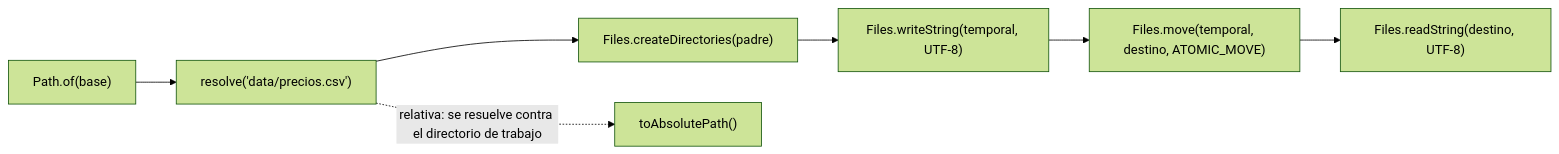
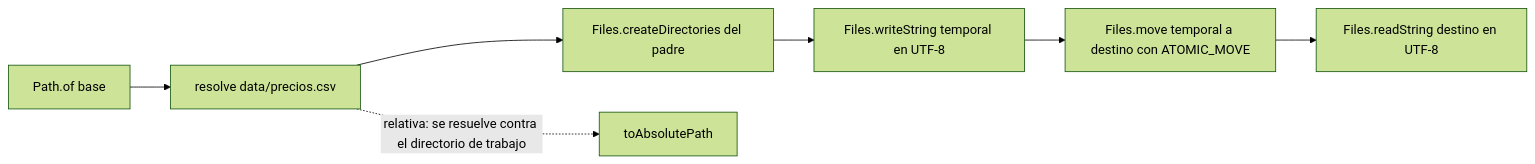
Before and after one commit to NICORUIZ93/The_Imperial_Book: the first of 3 diagrams in web/public/content/java/modulo-6.md, drawn with Mermaid (forest theme). The commit also changed other lines of this file and 65 other files, not shown here.

````diff
--- a/web/public/content/java/modulo-6.md
+++ b/web/public/content/java/modulo-6.md
@@ -119,9 +162,9 @@
 ```mermaid
 flowchart LR
-  P["Path.of(base)"] --> R["resolve('data/precios.csv')"]
-  R --> D["Files.createDirectories(padre)"]
-  D --> T["Files.writeString(temporal, UTF-8)"]
-  T --> M["Files.move(temporal, destino, ATOMIC_MOVE)"]
-  M --> L["Files.readString(destino, UTF-8)"]
-  R -. "relativa: se resuelve contra el directorio de trabajo" .-> W["toAbsolutePath()"]
+  P["Path.of base"] --> R["resolve data/precios.csv"]
+  R --> D["Files.createDirectories del padre"]
+  D --> T["Files.writeString temporal en UTF-8"]
+  T --> M["Files.move temporal a destino con ATOMIC_MOVE"]
+  M --> L["Files.readString destino en UTF-8"]
+  R -.->|"relativa: se resuelve contra el directorio de trabajo"| W["toAbsolutePath"]
 ```
````
